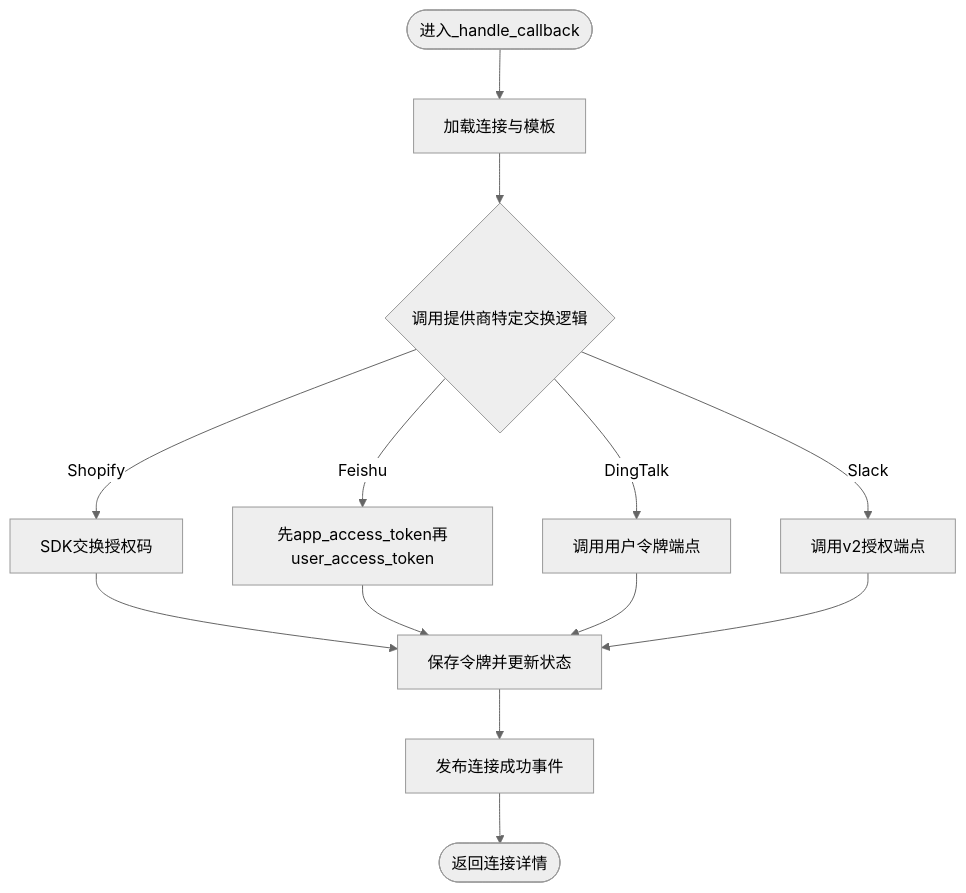
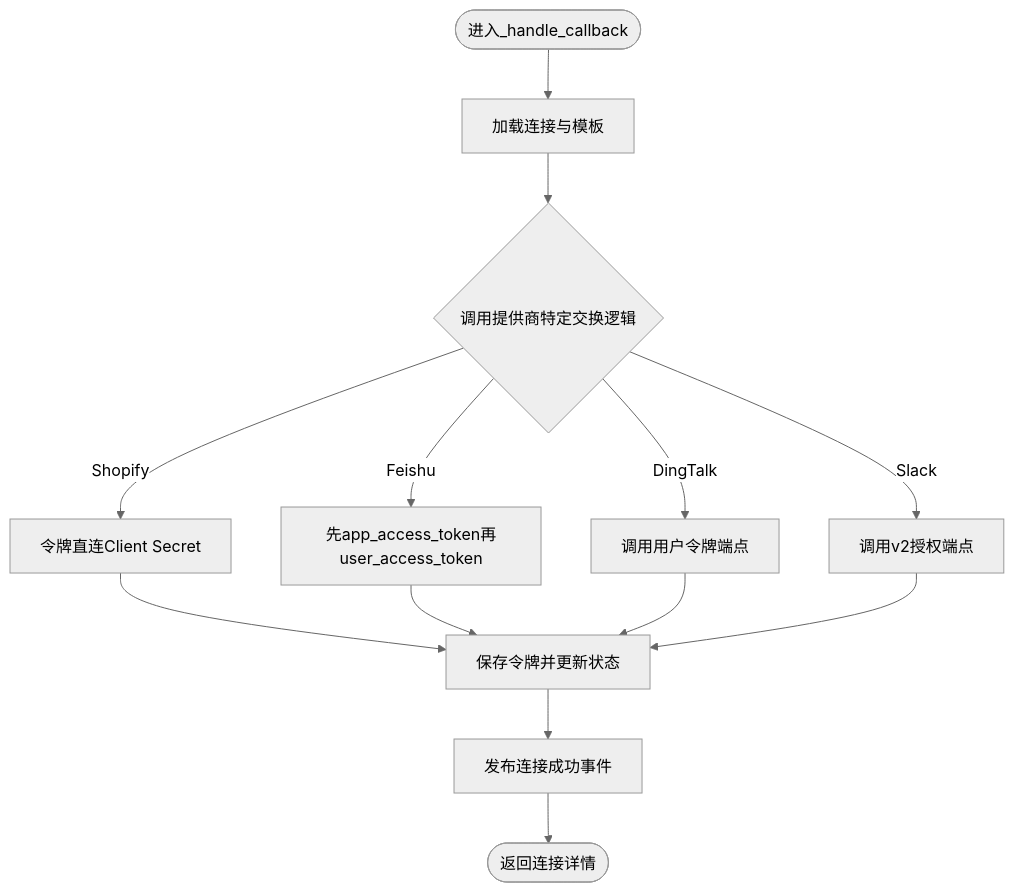
Before and after one commit to angledick/-: the fourth of 7 diagrams in .qoder/repowiki/zh/content/认证与授权/OAuth2集成.md, drawn with Mermaid (neutral theme). The commit also changed other lines of this file and 770 other files, not shown here.

````diff
--- a/.qoder/repowiki/zh/content/认证与授权/OAuth2集成.md
+++ b/.qoder/repowiki/zh/content/认证与授权/OAuth2集成.md
@@ -183,15 +214,15 @@
 ```mermaid
 flowchart TD
 Start(["进入_handle_callback"]) --> LoadConn["加载连接与模板"]
 LoadConn --> Exchange{"调用提供商特定交换逻辑"}
-Exchange --> |Shopify| SdkExchange["SDK交换授权码"]
+Exchange --> |Shopify| ShopifyDirect["令牌直连Client Secret"]
 Exchange --> |Feishu| FeiShuFlow["先app_access_token再user_access_token"]
 Exchange --> |DingTalk| DingTalkFlow["调用用户令牌端点"]
 Exchange --> |Slack| SlackFlow["调用v2授权端点"]
-SdkExchange --> SaveToken["保存令牌并更新状态"]
+ShopifyDirect --> SaveToken["保存令牌并更新状态"]
 FeiShuFlow --> SaveToken
 DingTalkFlow --> SaveToken
 SlackFlow --> SaveToken
 SaveToken --> Publish["发布连接成功事件"]
 Publish --> Done(["返回连接详情"])
 ```
````
